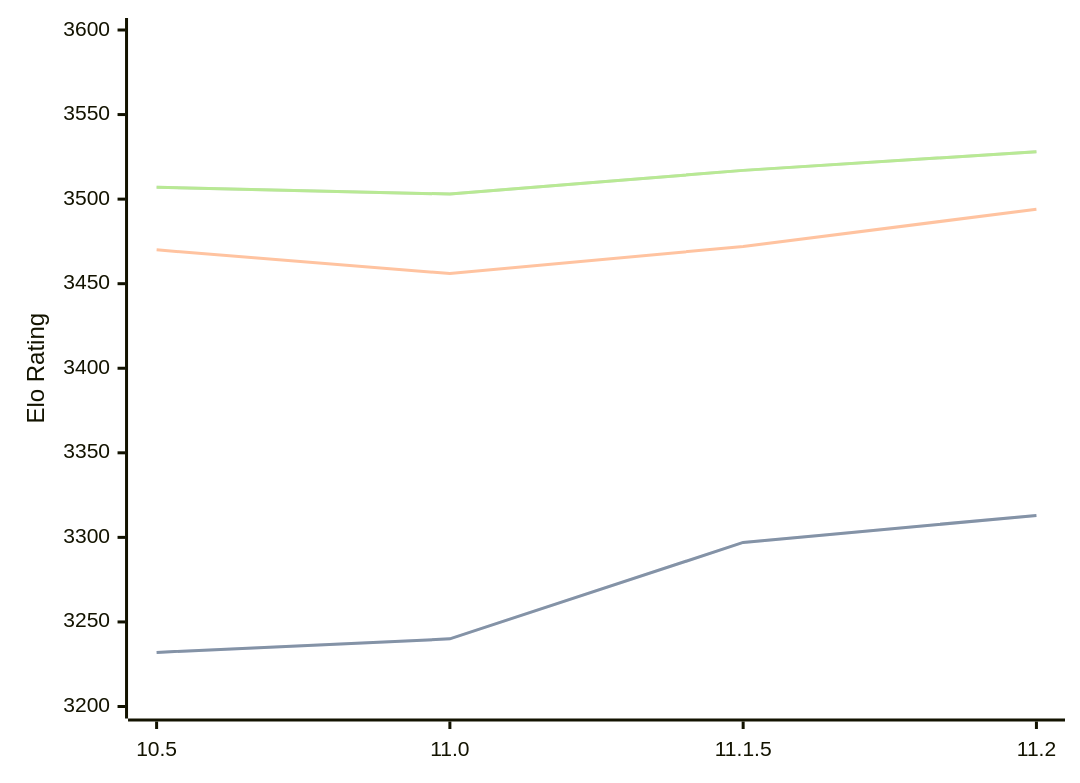
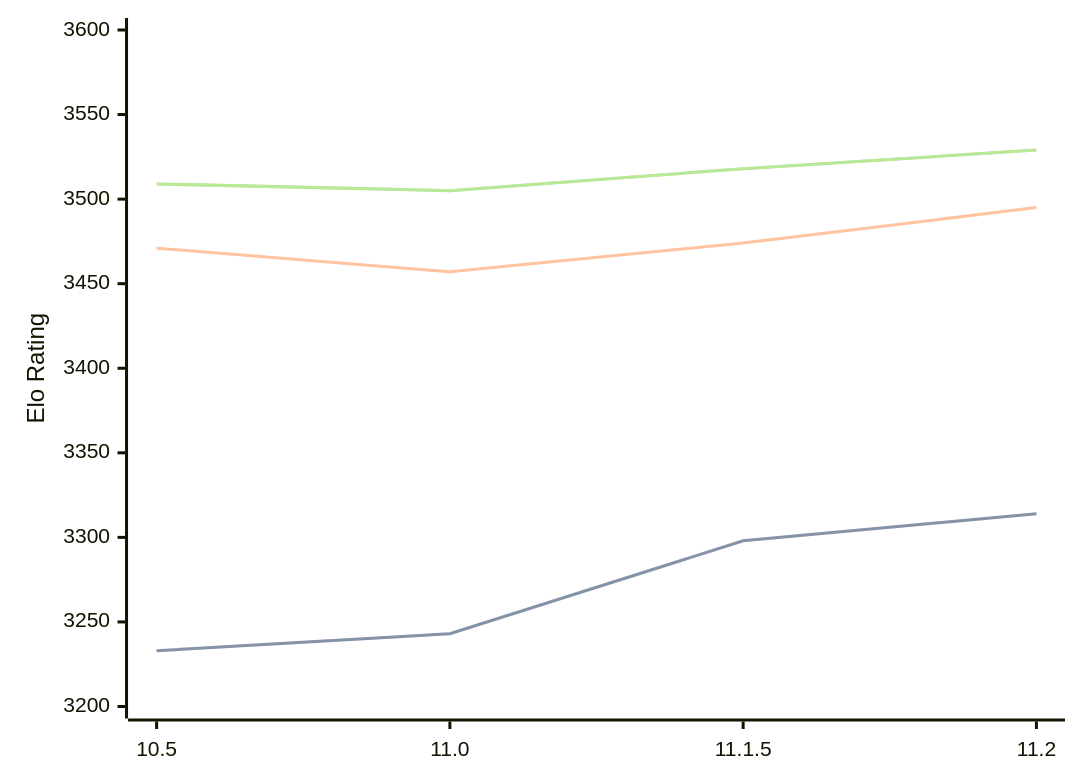
The diagram in engines/Lizard.md (computer-chess-index/cci), drawn with Mermaid before and after one commit. The commit also changed other lines of this file, not shown here.

Commit message:
Update CCI Ratings (ELO VLTC) - 2026-10-09

````diff
--- a/engines/Lizard.md
+++ b/engines/Lizard.md
@@ -34,11 +34,11 @@
 ```mermaid
 %%{init: {"theme":"base","themeVariables":{"seriesColors:['#a3a3a3','#222221','#faa371']}}}%%
 xychart-beta
   x-axis ["10.5", "11.0", "11.1.5", "11.2"]
   y-axis "Elo Rating" 3200 --> 3600
-  line "" [3232, 3240, 3297, 3313]
-  line "STC (8.0+0.08s)" [3232, 3240, 3297, 3313]
-  line "LTC (60.0+0.60s)" [3470, 3456, 3472, 3494]
-  line "" [3507, 3503, 3517, 3528]
-  line "VLTC (2m24s+1.12s)" [3507, 3503, 3517, 3528]
+  line "" [3233, 3243, 3298, 3314]
+  line "STC (8.0+0.08s)" [3233, 3243, 3298, 3314]
+  line "LTC (60.0+0.60s)" [3471, 3457, 3474, 3495]
+  line "" [3509, 3505, 3518, 3529]
+  line "VLTC (2m24s+1.12s)" [3509, 3505, 3518, 3529]
 ```
````
